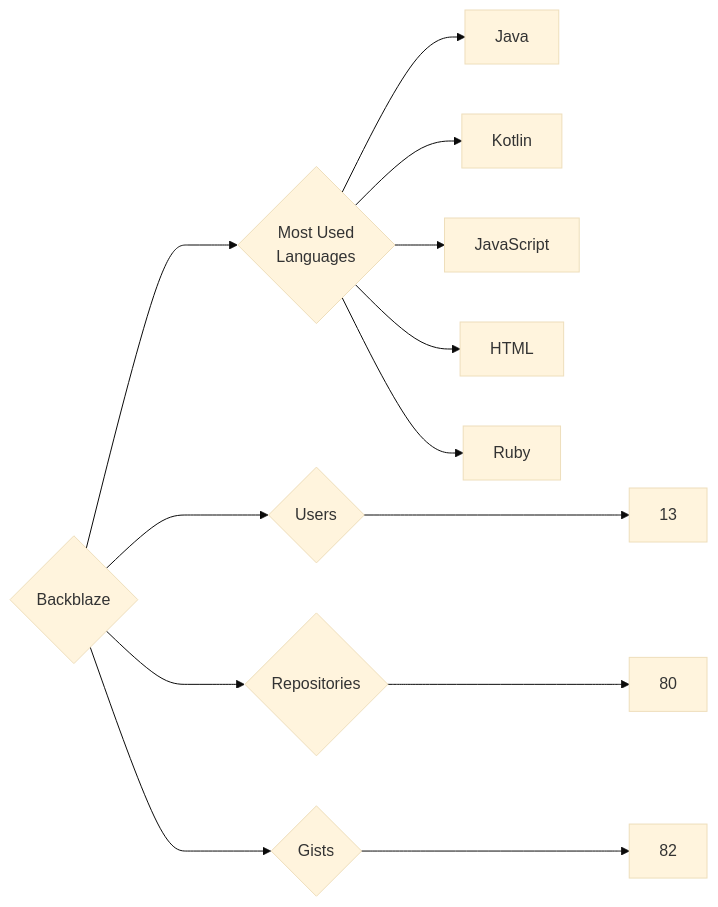
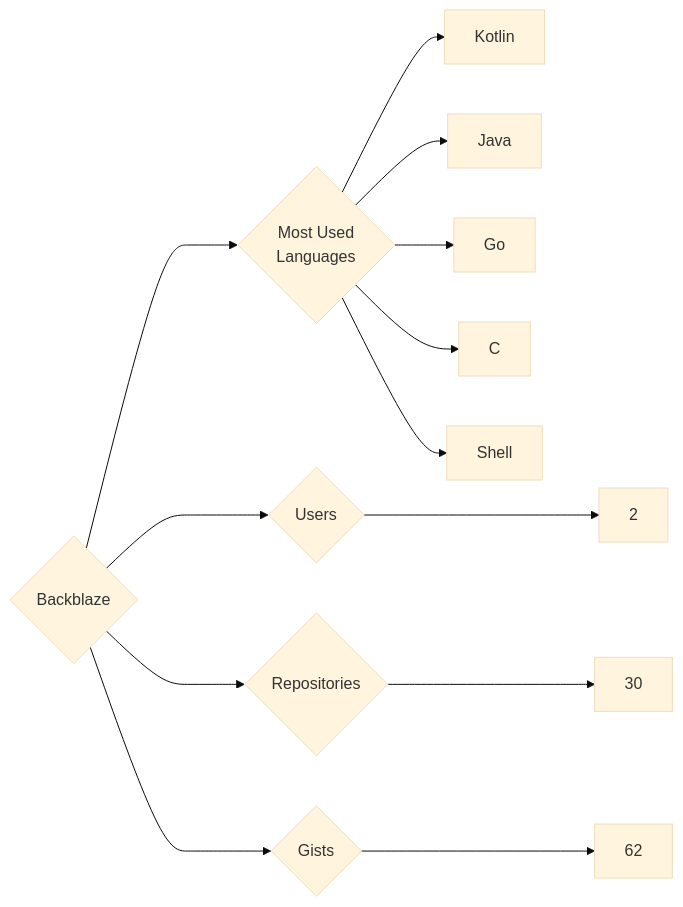
One commit to trickest/insiders changed the diagram in targets/Backblaze/README.md. Above: the diagram before and after it, drawn with Mermaid (base theme). The commit also changed 900 other files, not shown here.

````diff
--- a/targets/Backblaze/README.md
+++ b/targets/Backblaze/README.md
@@ -3,13 +3,13 @@
 ```mermaid
 graph LR
 COMPANY_NAME{Backblaze}
-COMPANY_NAME ---> U{Users} ---> UN[13]
-COMPANY_NAME ---> R{Repositories} ---> RN[80]
-COMPANY_NAME ---> G{Gists} ---> GN[82]
+COMPANY_NAME ---> U{Users} ---> UN[2]
+COMPANY_NAME ---> R{Repositories} ---> RN[30]
+COMPANY_NAME ---> G{Gists} ---> GN[62]
 COMPANY_NAME ---> ML{Most Used<br>Languages}
+ML --> Kotlin[Kotlin]
 ML --> Java[Java]
-ML --> Kotlin[Kotlin]
-ML --> JavaScript[JavaScript]
-ML --> HTML[HTML]
-ML --> Ruby[Ruby]
+ML --> Go[Go]
+ML --> C[C]
+ML --> Shell[Shell]
 ```
````
